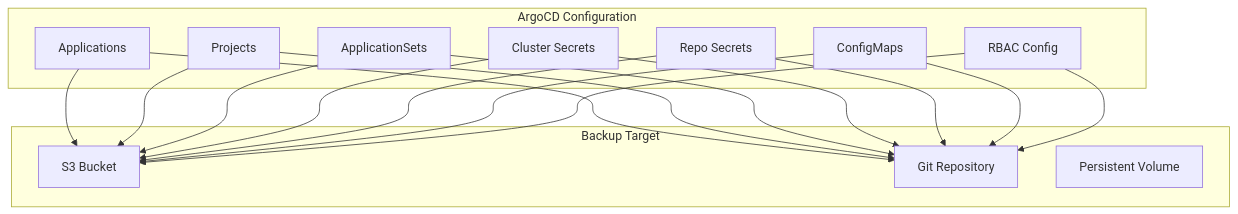
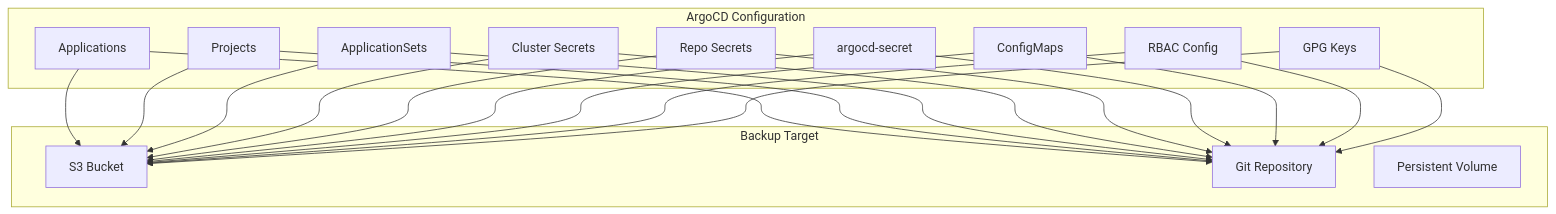
One commit to OneUptime/blog changed the diagram in posts/2026-02-26-argocd-backup-restore-configuration/README.md. Above: the diagram before and after it, drawn with Mermaid. The commit also changed other lines of this file and 2 other files, not shown here.

Commit message:
validate: 2026-02-26-argocd-backup-restore-configuration

````diff
--- a/posts/2026-02-26-argocd-backup-restore-configuration/README.md
+++ b/posts/2026-02-26-argocd-backup-restore-configuration/README.md
@@ -27,21 +29,23 @@
 ```mermaid
 flowchart TB
     subgraph "ArgoCD Configuration"
         A[Applications]
         P[Projects]
         AS[ApplicationSets]
         C[Cluster Secrets]
         R[Repo Secrets]
+        SEC[argocd-secret]
         CM[ConfigMaps]
         RBAC[RBAC Config]
+        GPG[GPG Keys]
     end
 
     subgraph "Backup Target"
         S3[S3 Bucket]
         Git[Git Repository]
         PV[Persistent Volume]
     end
 
-    A & P & AS & C & R & CM & RBAC --> S3
-    A & P & AS & C & R & CM & RBAC --> Git
+    A & P & AS & C & R & SEC & CM & RBAC & GPG --> S3
+    A & P & AS & C & R & SEC & CM & RBAC & GPG --> Git
 ```
````
